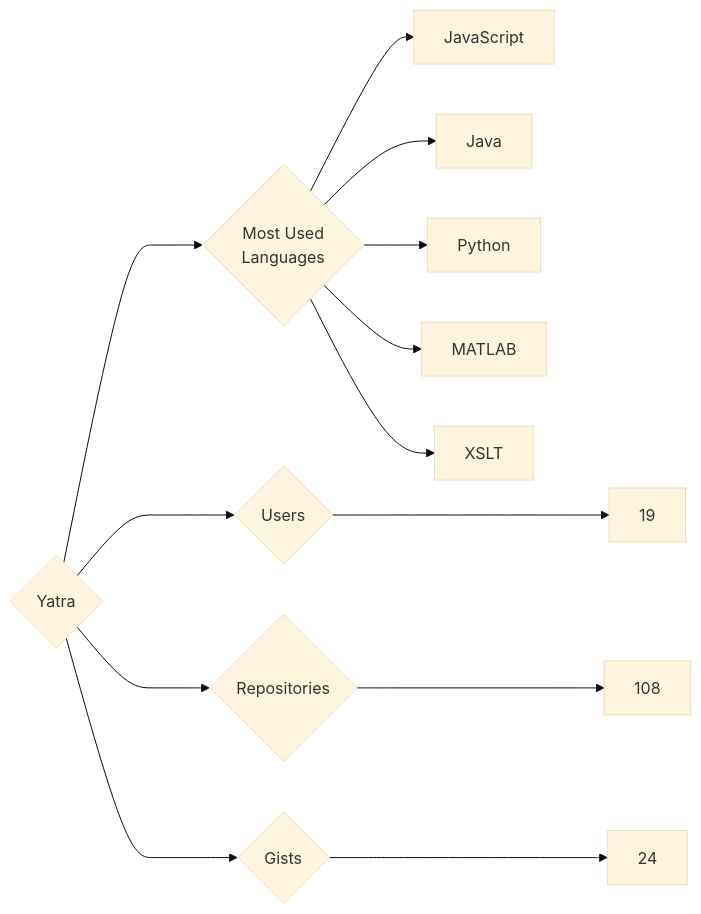
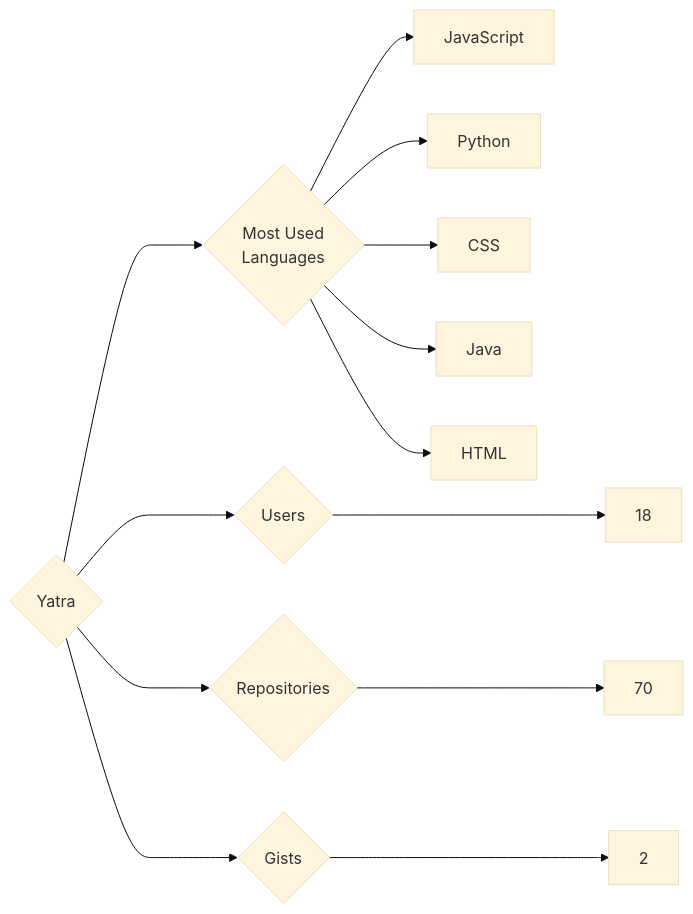
One commit to trickest/insiders changed the diagram in targets/Yatra/README.md. Above: the diagram before and after it, drawn with Mermaid (base theme). The commit also changed 995 other files, not shown here.

````diff
--- a/targets/Yatra/README.md
+++ b/targets/Yatra/README.md
@@ -3,13 +3,13 @@
 ```mermaid
 graph LR
 COMPANY_NAME{Yatra}
-COMPANY_NAME ---> U{Users} ---> UN[19]
-COMPANY_NAME ---> R{Repositories} ---> RN[108]
-COMPANY_NAME ---> G{Gists} ---> GN[24]
+COMPANY_NAME ---> U{Users} ---> UN[18]
+COMPANY_NAME ---> R{Repositories} ---> RN[70]
+COMPANY_NAME ---> G{Gists} ---> GN[2]
 COMPANY_NAME ---> ML{Most Used<br>Languages}
 ML --> JavaScript[JavaScript]
+ML --> Python[Python]
+ML --> CSS[CSS]
 ML --> Java[Java]
-ML --> Python[Python]
-ML --> MATLAB[MATLAB]
-ML --> XSLT[XSLT]
+ML --> HTML[HTML]
 ```
````
